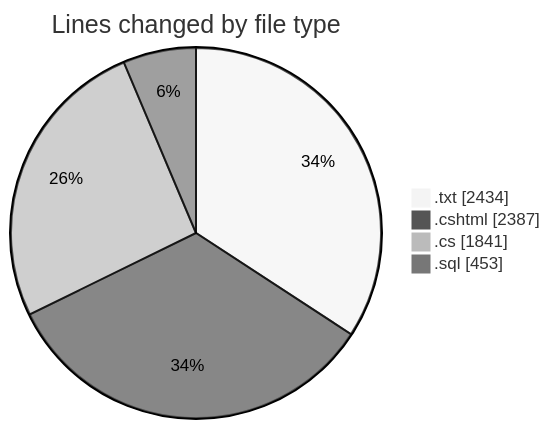
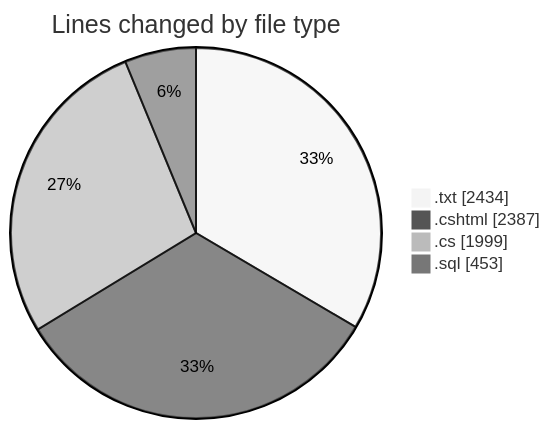
The first of 2 diagrams in 2025-07-25/quanlyrapchieuphim-1/README.md (lephambinh05/code-tracking), drawn with Mermaid (neutral theme) before and after one commit. The commit also changed other lines of this file and 1 other file, not shown here.

````diff
--- a/2025-07-25/quanlyrapchieuphim-1/README.md
+++ b/2025-07-25/quanlyrapchieuphim-1/README.md
@@ -39,8 +39,8 @@
 ```mermaid
 pie showData
 title Lines changed by file type
 ".txt" : 2434
 ".cshtml" : 2387
-".cs" : 1841
+".cs" : 1999
 ".sql" : 453
 ```
````
